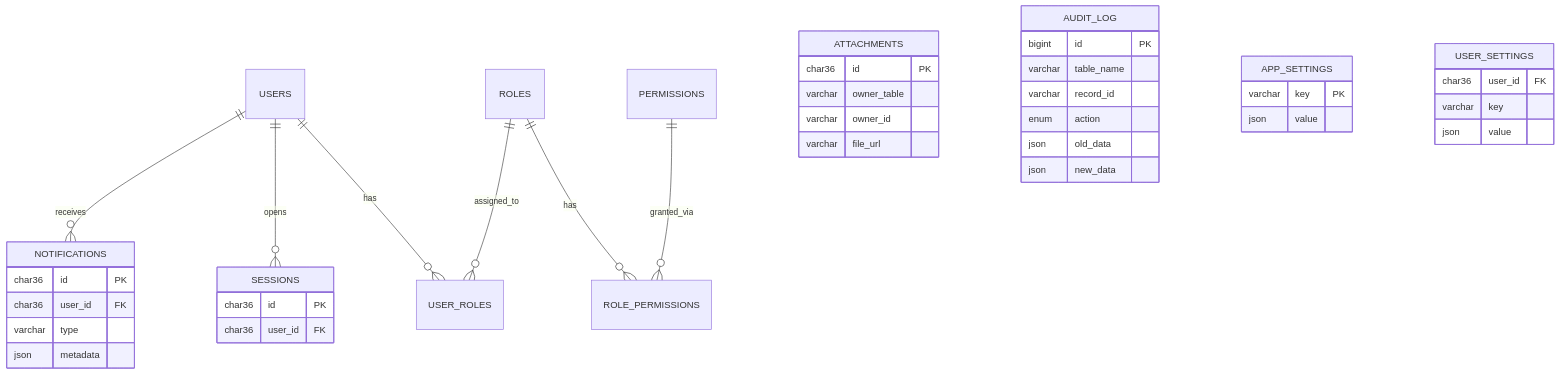
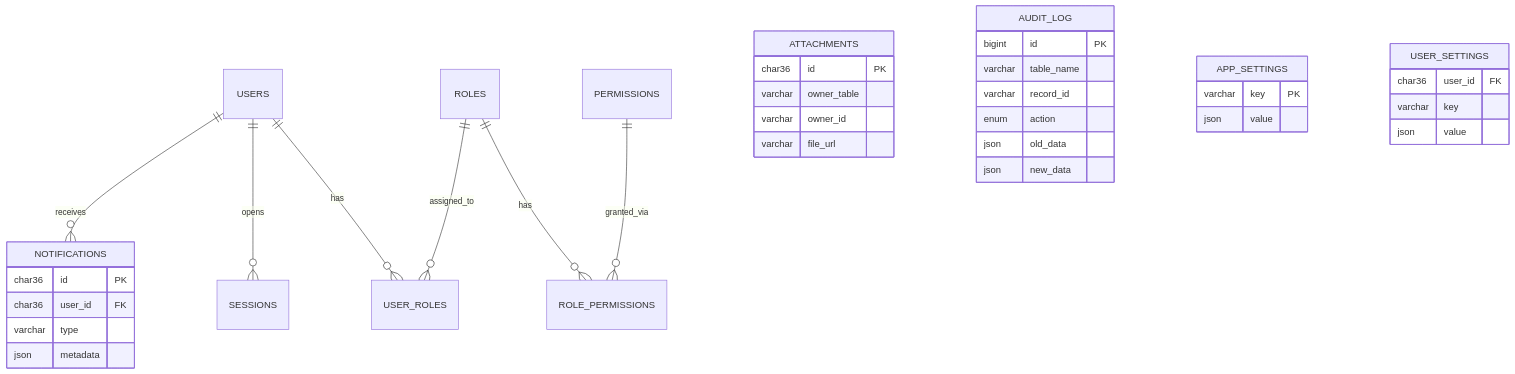
Before and after one commit to NietoDeveloper/MySQL_DataBase: the diagram in docs/ERD.md, drawn with Mermaid.

````diff
--- a/docs/ERD.md
+++ b/docs/ERD.md
@@ -3,50 +3,44 @@
 ```mermaid
 erDiagram
     USERS ||--o{ USER_ROLES : has
     ROLES ||--o{ USER_ROLES : assigned_to
     ROLES ||--o{ ROLE_PERMISSIONS : has
     PERMISSIONS ||--o{ ROLE_PERMISSIONS : granted_via
     USERS ||--o{ SESSIONS : opens
     USERS ||--o{ NOTIFICATIONS : receives
 
-
-    SESSIONS {
-        char36 id PK
-        char36 user_id FK
-
-    }
 
     ATTACHMENTS {
         char36 id PK
         varchar owner_table
         varchar owner_id
         varchar file_url
     }
 
     NOTIFICATIONS {
         char36 id PK
         char36 user_id FK
         varchar type
         json metadata
     }
 
     AUDIT_LOG {
         bigint id PK
         varchar table_name
         varchar record_id
         enum action
         json old_data
         json new_data
     }
 
     APP_SETTINGS {
         varchar key PK
         json value
     }
 
     USER_SETTINGS {
         char36 user_id FK
         varchar key
         json value
     }
 ```
````
